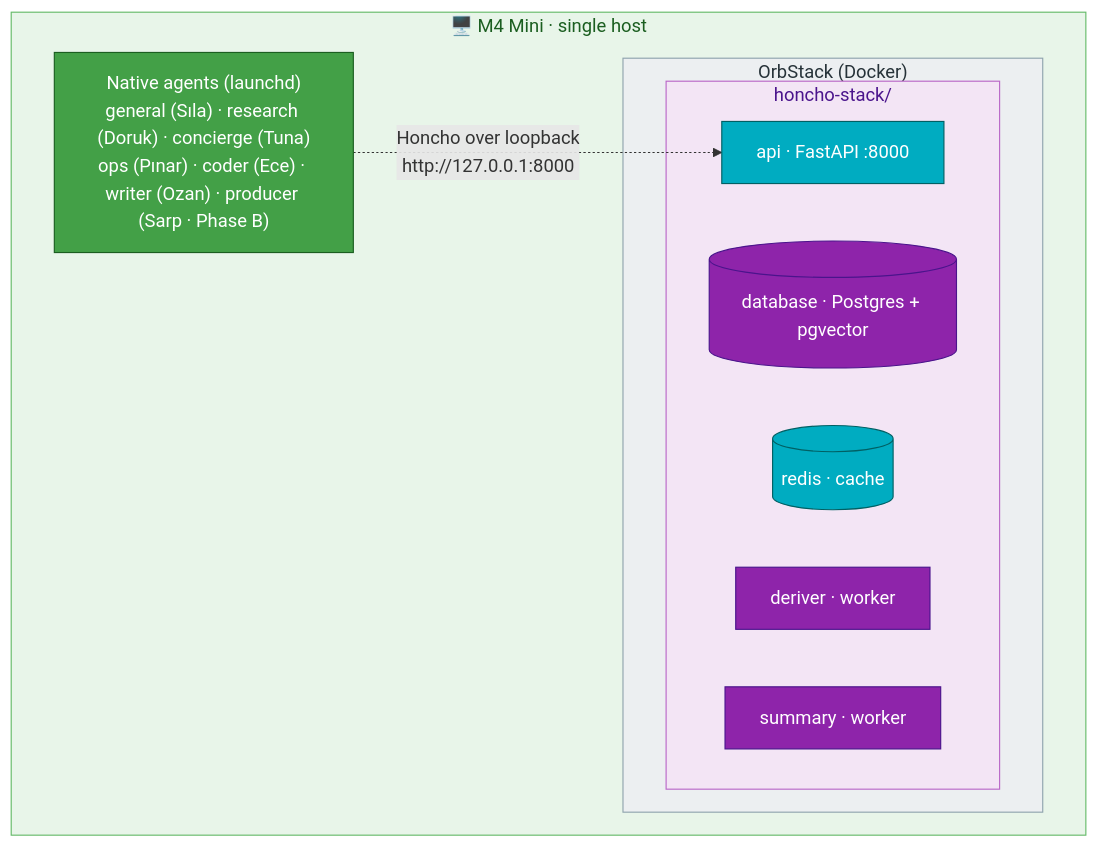
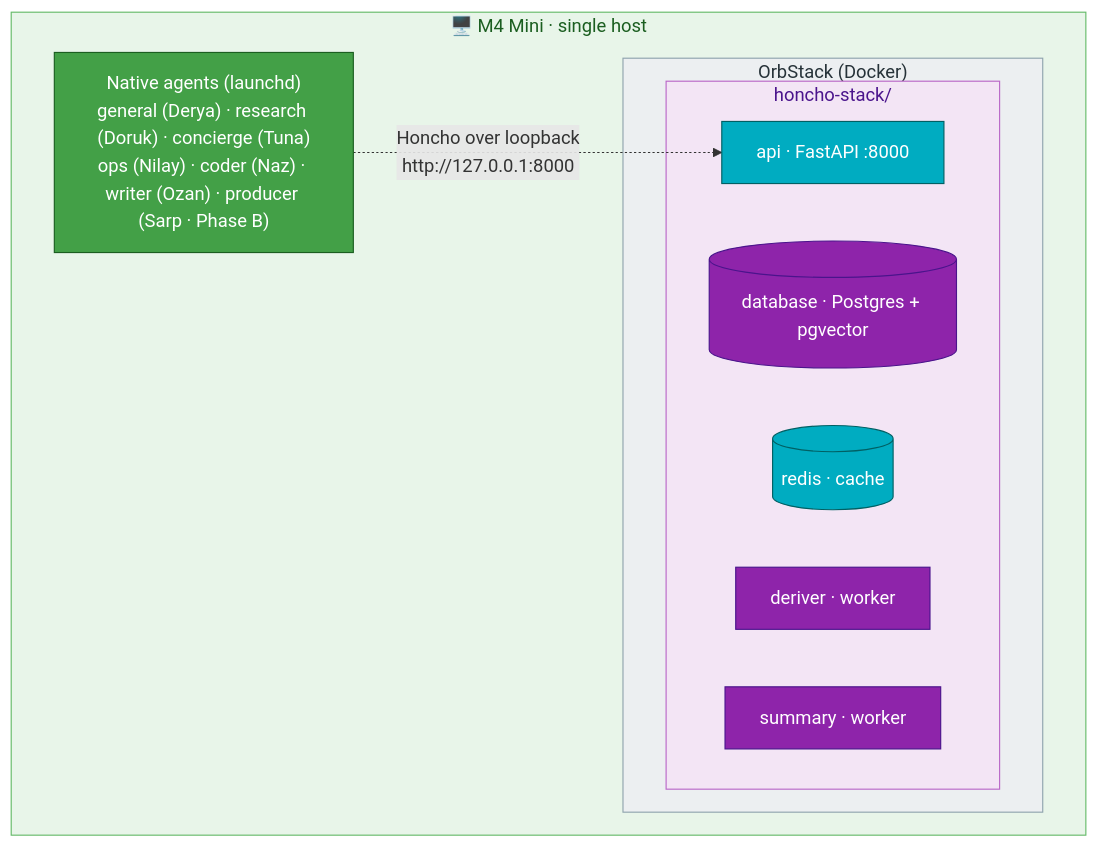
One commit to mpolatcan/hermes-setup changed the second of 2 diagrams in docs/07-memory.md. Above: the diagram before and after it, drawn with Mermaid. The commit also changed other lines of this file and 10 other files, not shown here.

First line of the commit message:
Rename agents: Sila->Derya, Pinar->Nilay, Ece->Naz

````diff
--- a/docs/07-memory.md
+++ b/docs/07-memory.md
@@ -80,22 +80,22 @@
 ```mermaid
 flowchart TB
     subgraph mini["🖥️ M4 Mini · single host"]
-        ag["Native agents (launchd)<br/>general (Sıla) · research (Doruk) · concierge (Tuna)<br/>ops (Pınar) · coder (Ece) · writer (Ozan) · producer (Sarp · Phase B)"]:::mini
+        ag["Native agents (launchd)<br/>general (Derya) · research (Doruk) · concierge (Tuna)<br/>ops (Nilay) · coder (Naz) · writer (Ozan) · producer (Sarp · Phase B)"]:::mini
         subgraph orb["OrbStack (Docker)"]
             subgraph hs["honcho-stack/"]
                 api["api · FastAPI :8000"]:::svc
                 db[("database · Postgres + pgvector")]:::infra
                 redis[("redis · cache")]:::svc
                 deriver["deriver · worker"]:::infra
                 summary["summary · worker"]:::infra
             end
         end
     end
     ag -. "Honcho over loopback<br/>http://127.0.0.1:8000" .-> api
     classDef mini fill:#43A047,stroke:#1B5E20,color:#fff
     classDef svc fill:#00ACC1,stroke:#006064,color:#fff
     classDef infra fill:#8E24AA,stroke:#4A148C,color:#fff
     style mini fill:#E8F5E9,stroke:#66BB6A,color:#1B5E20
     style orb fill:#ECEFF1,stroke:#90A4AE,color:#263238
     style hs fill:#F3E5F5,stroke:#BA68C8,color:#4A148C
 ```
````
